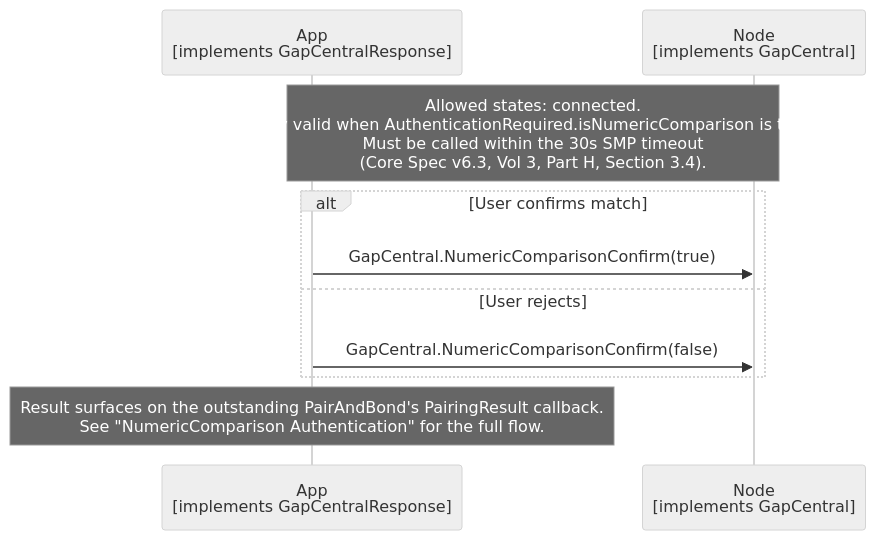
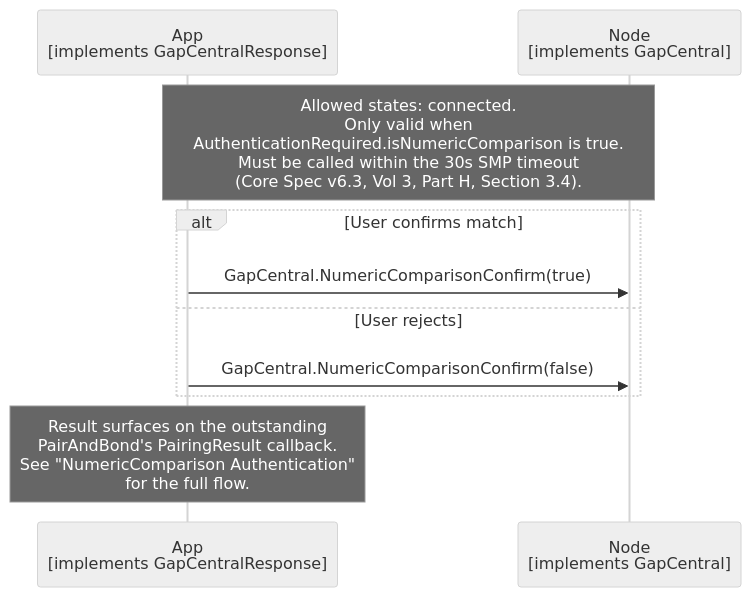
The diagram in documents/modules/ROOT/partials/echoservices/gap_central/GapCentral_NumericComparisonConfirm_sequence.mmd (philips-software/amp-embedded-infra-lib), drawn with Mermaid (neutral theme) before and after one commit. The commit also changed 27 other files, not shown here.

```diff
--- a/documents/modules/ROOT/partials/echoservices/gap_central/GapCentral_NumericComparisonConfirm_sequence.mmd
+++ b/documents/modules/ROOT/partials/echoservices/gap_central/GapCentral_NumericComparisonConfirm_sequence.mmd
@@ -1,13 +1,13 @@
 sequenceDiagram
     participant App as App<br>[implements GapCentralResponse]
     participant Node as Node<br>[implements GapCentral]
 
-    Note over App, Node: Allowed states: connected.<br>Only valid when AuthenticationRequired.isNumericComparison is true.<br>Must be called within the 30s SMP timeout<br>(Core Spec v6.3, Vol 3, Part H, Section 3.4).
+    Note over App, Node: Allowed states: connected.<br>Only valid when<br>AuthenticationRequired.isNumericComparison is true.<br>Must be called within the 30s SMP timeout<br>(Core Spec v6.3, Vol 3, Part H, Section 3.4).
 
     alt User confirms match
         App->>Node: GapCentral.NumericComparisonConfirm(true)
     else User rejects
         App->>Node: GapCentral.NumericComparisonConfirm(false)
     end
 
-    Note over App: Result surfaces on the outstanding PairAndBond's PairingResult callback.<br>See "NumericComparison Authentication" for the full flow.
+    Note over App: Result surfaces on the outstanding<br>PairAndBond's PairingResult callback.<br>See "NumericComparison Authentication"<br>for the full flow.
```
